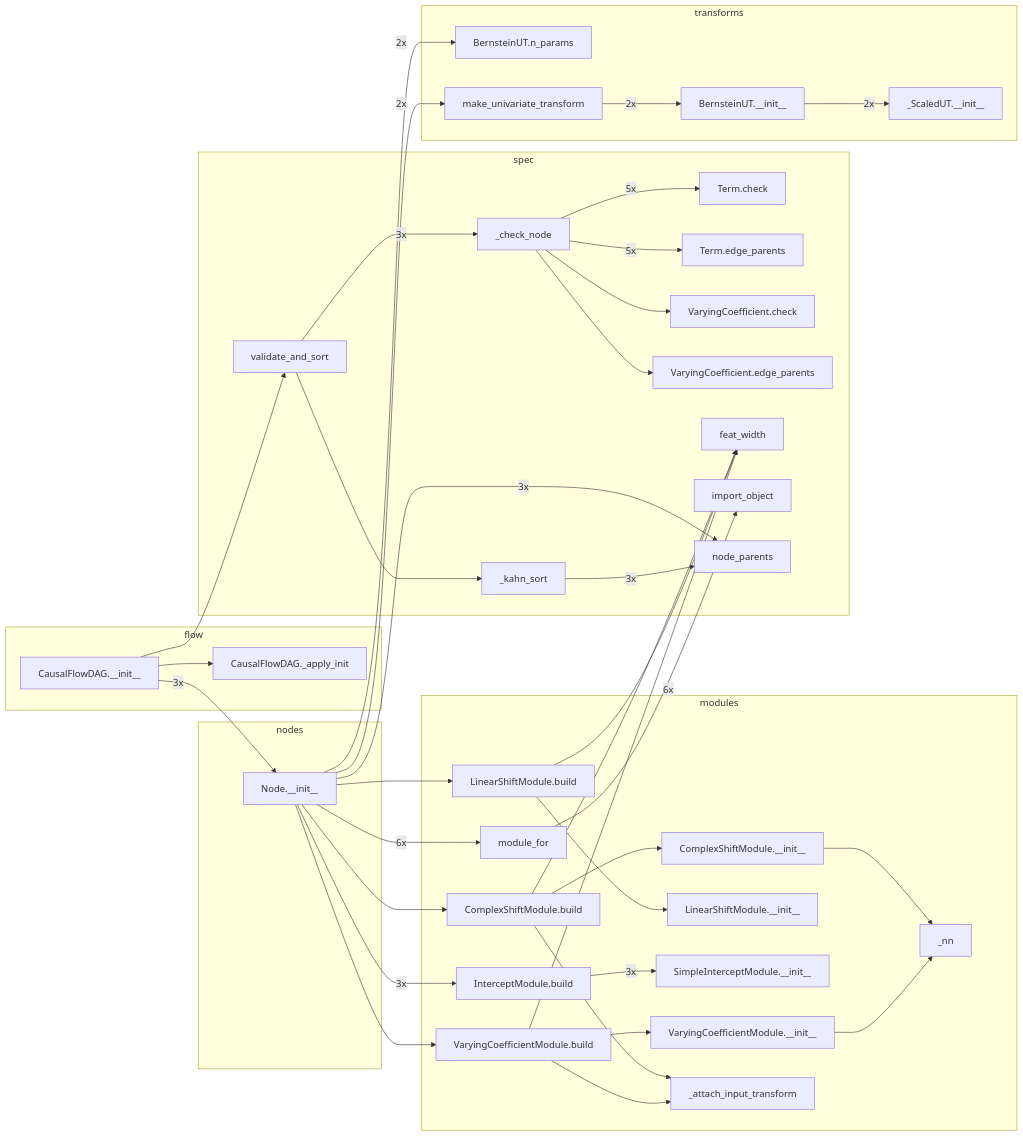
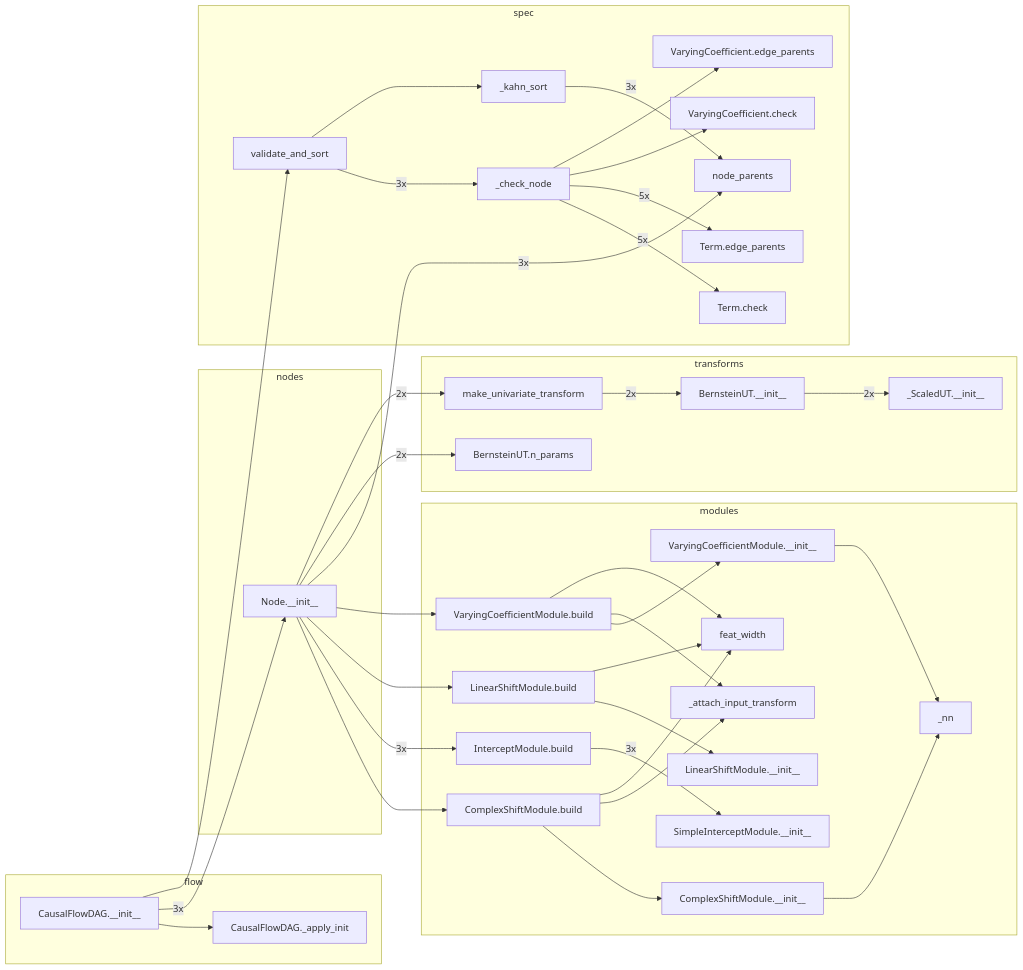
Before and after one commit to tensorchiefs/tramdag: the fifth of 6 diagrams in docs/architecture.md, drawn with Mermaid. The commit also changed other lines of this file and 7 other files, not shown here.

First line of the commit message:
refactor!: every term sets its name; a term holds its module class; spec imports modules

````diff
--- a/docs/architecture.md
+++ b/docs/architecture.md
@@ -298,73 +303,69 @@
 ```mermaid
 flowchart LR
   subgraph flow
     n0["CausalFlowDAG.__init__"]
     n1["CausalFlowDAG._apply_init"]
   end
   subgraph modules
     n4["ComplexShiftModule.__init__"]
     n6["ComplexShiftModule.build"]
     n9["InterceptModule.build"]
     n12["LinearShiftModule.__init__"]
     n11["LinearShiftModule.build"]
     n10["SimpleInterceptModule.__init__"]
     n13["VaryingCoefficientModule.__init__"]
     n14["VaryingCoefficientModule.build"]
     n7["_attach_input_transform"]
     n5["_nn"]
-    n15["module_for"]
+    n8["feat_width"]
   end
   subgraph nodes
     n2["Node.__init__"]
   end
   subgraph spec
-    n21["Term.check"]
-    n22["Term.edge_parents"]
-    n23["VaryingCoefficient.check"]
-    n24["VaryingCoefficient.edge_parents"]
-    n20["_check_node"]
-    n25["_kahn_sort"]
-    n8["feat_width"]
-    n16["import_object"]
-    n17["node_parents"]
+    n19["Term.check"]
+    n20["Term.edge_parents"]
+    n21["VaryingCoefficient.check"]
+    n22["VaryingCoefficient.edge_parents"]
+    n18["_check_node"]
+    n23["_kahn_sort"]
+    n15["node_parents"]
     n3["validate_and_sort"]
   end
   subgraph transforms
-    n26["BernsteinUT.__init__"]
-    n18["BernsteinUT.n_params"]
-    n27["_ScaledUT.__init__"]
-    n19["make_univariate_transform"]
+    n24["BernsteinUT.__init__"]
+    n16["BernsteinUT.n_params"]
+    n25["_ScaledUT.__init__"]
+    n17["make_univariate_transform"]
   end
     n0 --> n1
     n0 -- "3x" --> n2
     n0 --> n3
     n4 --> n5
     n6 --> n4
     n6 --> n7
     n6 --> n8
     n9 -- "3x" --> n10
     n11 --> n12
     n11 --> n8
     n13 --> n5
     n14 --> n13
     n14 --> n7
     n14 --> n8
-    n15 -- "6x" --> n16
     n2 --> n6
     n2 -- "3x" --> n9
     n2 --> n11
     n2 --> n14
-    n2 -- "6x" --> n15
-    n2 -- "3x" --> n17
-    n2 -- "2x" --> n18
-    n2 -- "2x" --> n19
-    n20 -- "5x" --> n21
-    n20 -- "5x" --> n22
-    n20 --> n23
-    n20 --> n24
-    n25 -- "3x" --> n17
-    n3 -- "3x" --> n20
-    n3 --> n25
-    n26 -- "2x" --> n27
-    n19 -- "2x" --> n26
+    n2 -- "3x" --> n15
+    n2 -- "2x" --> n16
+    n2 -- "2x" --> n17
+    n18 -- "5x" --> n19
+    n18 -- "5x" --> n20
+    n18 --> n21
+    n18 --> n22
+    n23 -- "3x" --> n15
+    n3 -- "3x" --> n18
+    n3 --> n23
+    n24 -- "2x" --> n25
+    n17 -- "2x" --> n24
 ```
````
